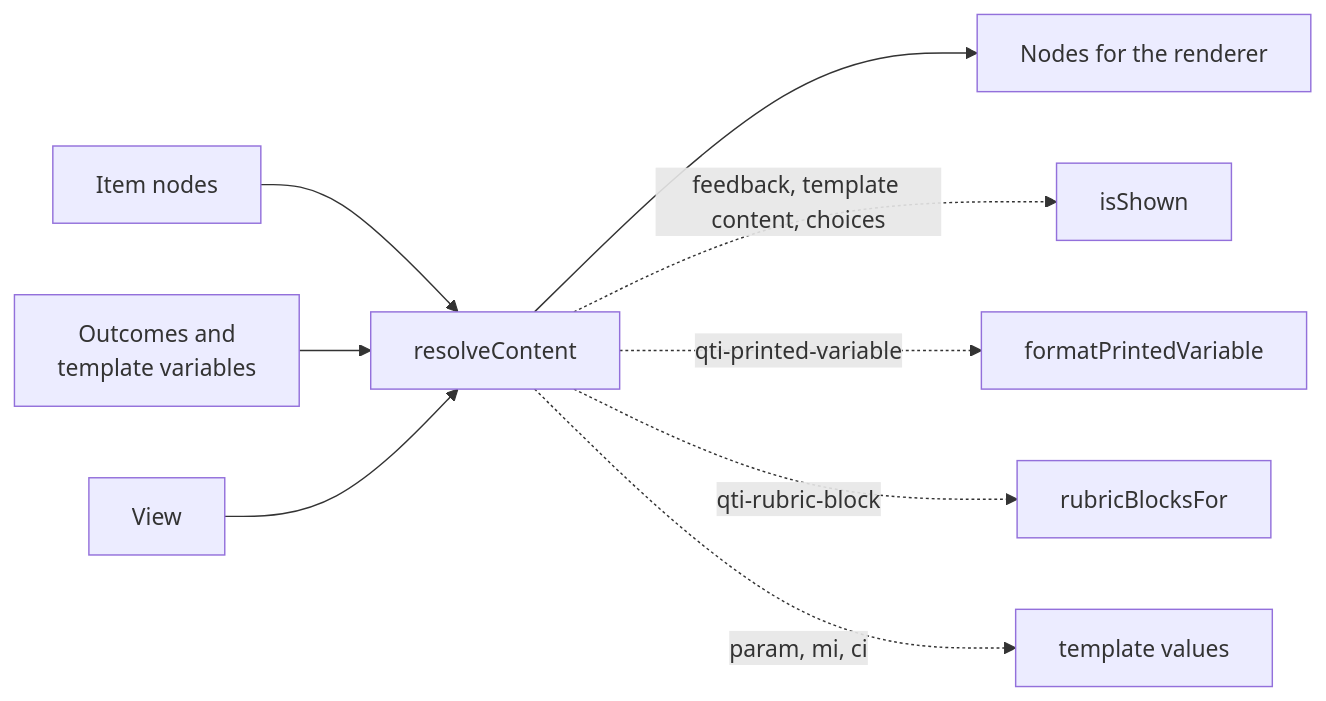
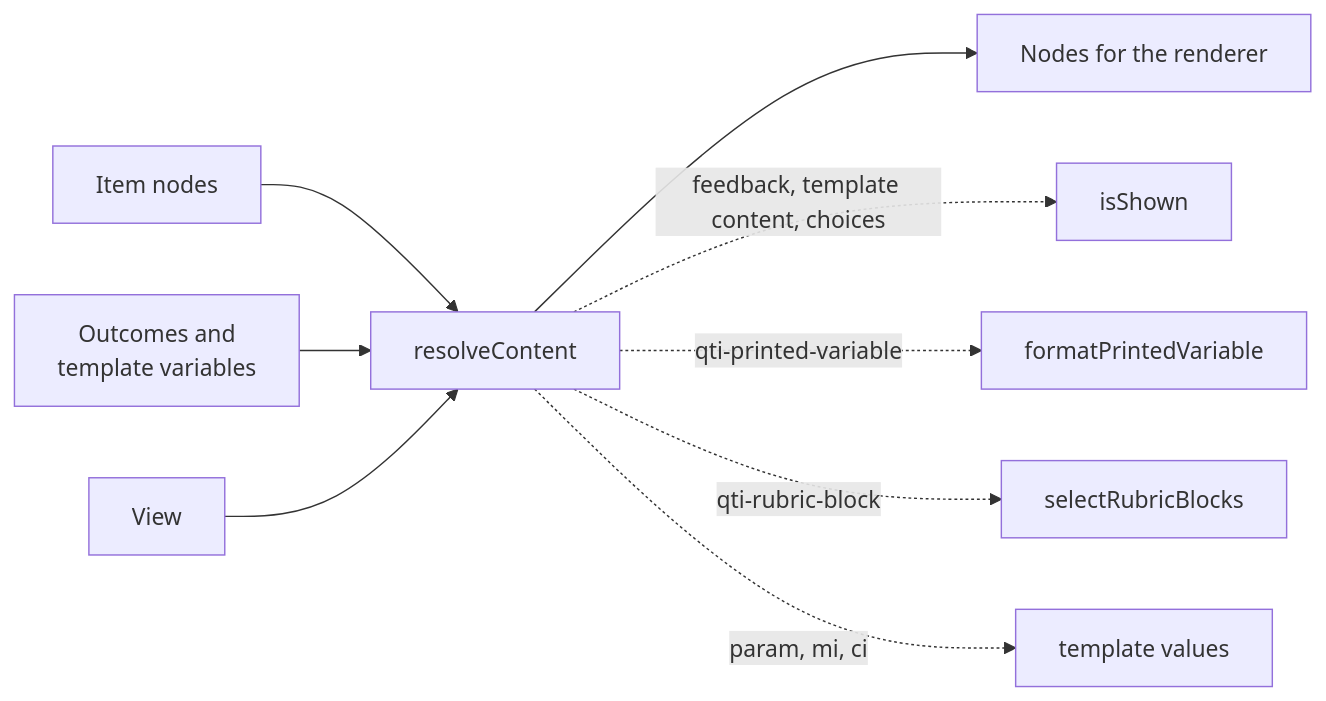
The diagram in docs/runtime/content.md (assesskit/assesskit), drawn with Mermaid before and after one commit. The commit also changed other lines of this file and 285 other files, not shown here.

````diff
--- a/docs/runtime/content.md
+++ b/docs/runtime/content.md
@@ -8,16 +8,16 @@
 ```mermaid
 flowchart LR
   nodes["Item nodes"]
   variables["Outcomes and<br/>template variables"]
   view["View"]
   resolve["resolveContent"]
   out["Nodes for the renderer"]
   nodes --> resolve
   variables --> resolve
   view --> resolve
   resolve --> out
   resolve -. "feedback, template content, choices" .-> shown["isShown"]
   resolve -. "qti-printed-variable" .-> printed["formatPrintedVariable"]
-  resolve -. "qti-rubric-block" .-> rubric["rubricBlocksFor"]
+  resolve -. "qti-rubric-block" .-> rubric["selectRubricBlocks"]
   resolve -. "param, mi, ci" .-> substitution["template values"]
 ```
````
